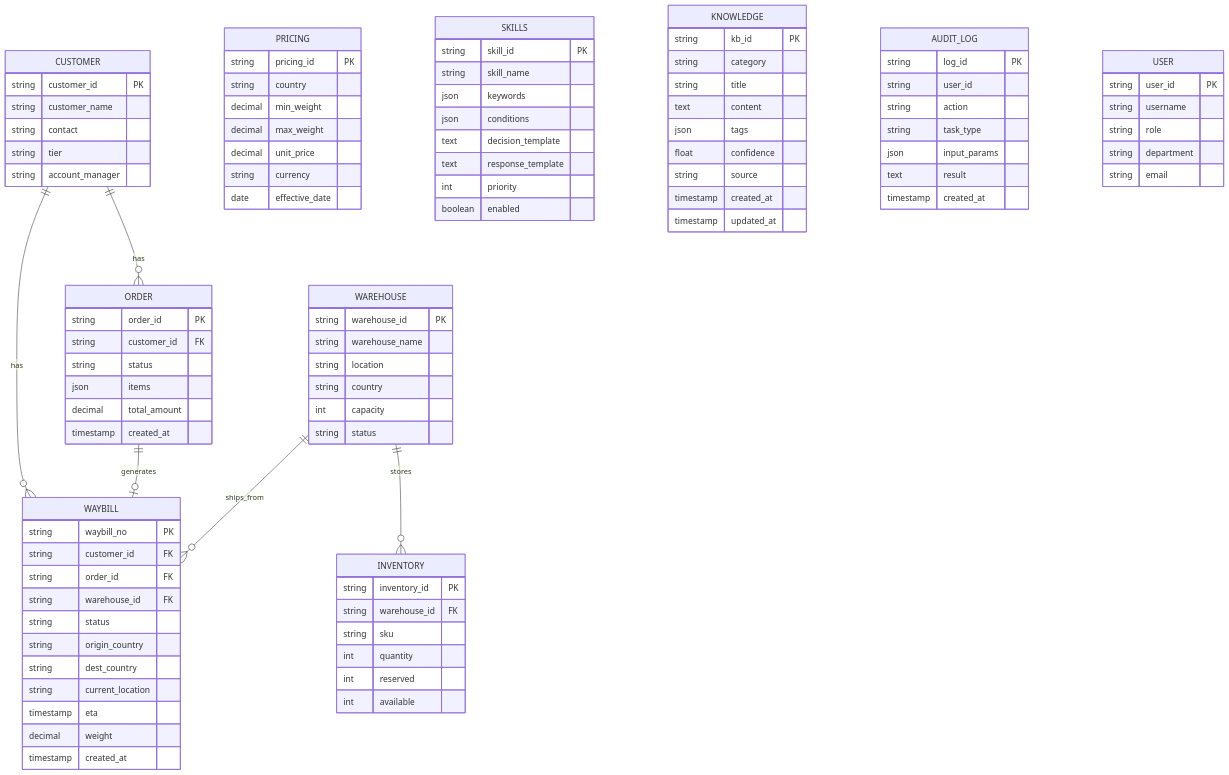
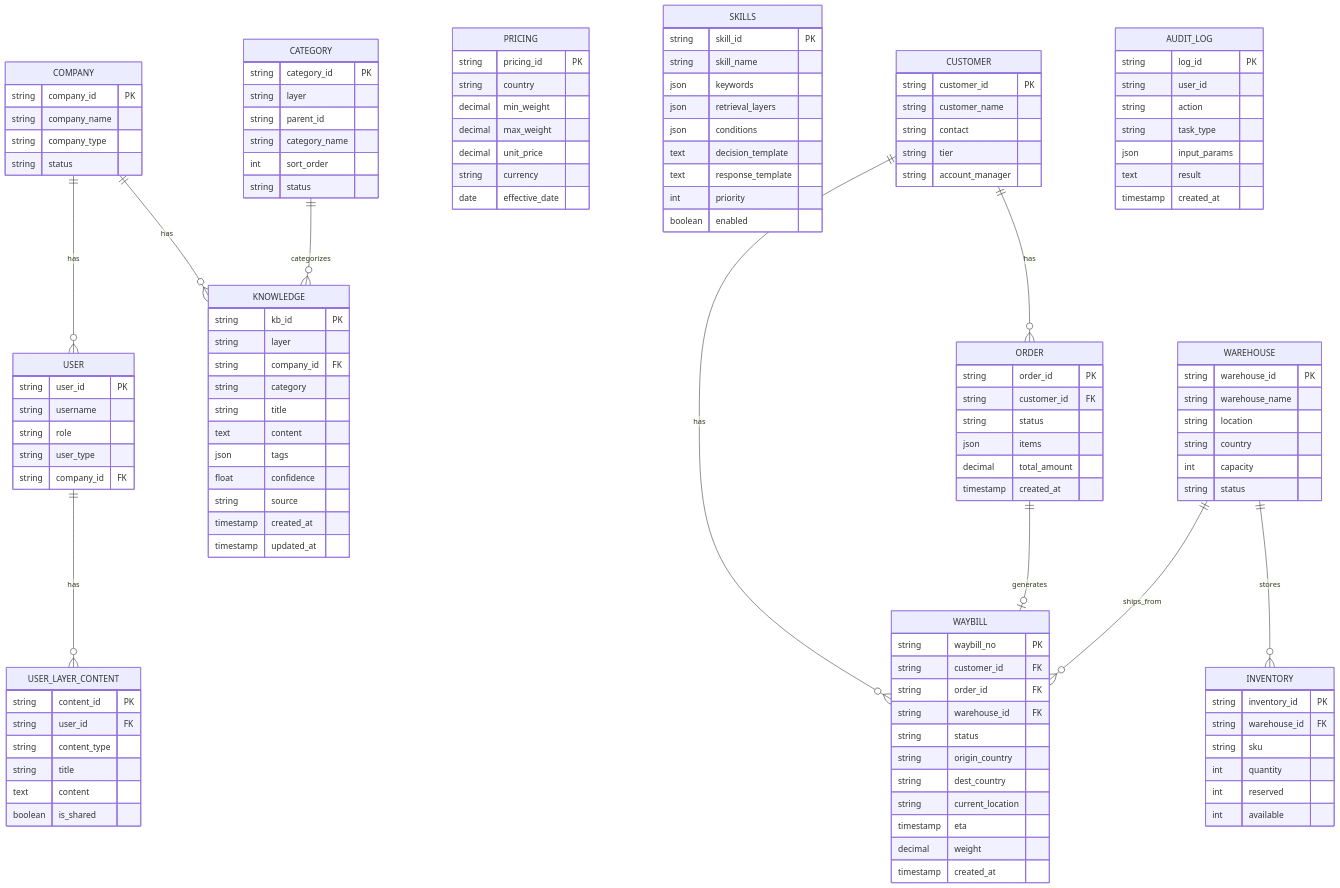
One commit to zhuochangzun/log changed the first of 2 diagrams in rga-docs/02_database_design.md. Above: the diagram before and after it, drawn with Mermaid. The commit also changed other lines of this file, not shown here.

Commit message:
docs: update database design for three-tier architecture

````diff
--- a/rga-docs/02_database_design.md
+++ b/rga-docs/02_database_design.md
@@ -5,5 +5,23 @@
 ```mermaid
 erDiagram
+    USER ||--o{ USER_LAYER_CONTENT : has
+    USER {
+        string user_id PK
+        string username
+        string role
+        string user_type
+        string company_id FK
+    }
+
+    COMPANY ||--o{ USER : has
+    COMPANY ||--o{ KNOWLEDGE : has
+    COMPANY {
+        string company_id PK
+        string company_name
+        string company_type
+        string status
+    }
+
     CUSTOMER ||--o{ ORDER : has
     CUSTOMER ||--o{ WAYBILL : has
     CUSTOMER {
@@ -72,6 +90,7 @@
         string skill_id PK
         string skill_name
         json keywords
+        json retrieval_layers
         json conditions
         text decision_template
         text response_template
@@ -81,6 +100,8 @@
 
     KNOWLEDGE {
         string kb_id PK
+        string layer
+        string company_id FK
         string category
         string title
         text content
@@ -89,6 +110,25 @@
         string source
         timestamp created_at
         timestamp updated_at
+    }
+
+    CATEGORY ||--o{ KNOWLEDGE : categorizes
+    CATEGORY {
+        string category_id PK
+        string layer
+        string parent_id
+        string category_name
+        int sort_order
+        string status
+    }
+
+    USER_LAYER_CONTENT {
+        string content_id PK
+        string user_id FK
+        string content_type
+        string title
+        text content
+        boolean is_shared
     }
 
     AUDIT_LOG {
@@ -100,12 +140,4 @@
         text result
         timestamp created_at
     }
-
-    USER {
-        string user_id PK
-        string username
-        string role
-        string department
-        string email
-    }
 ```
````
